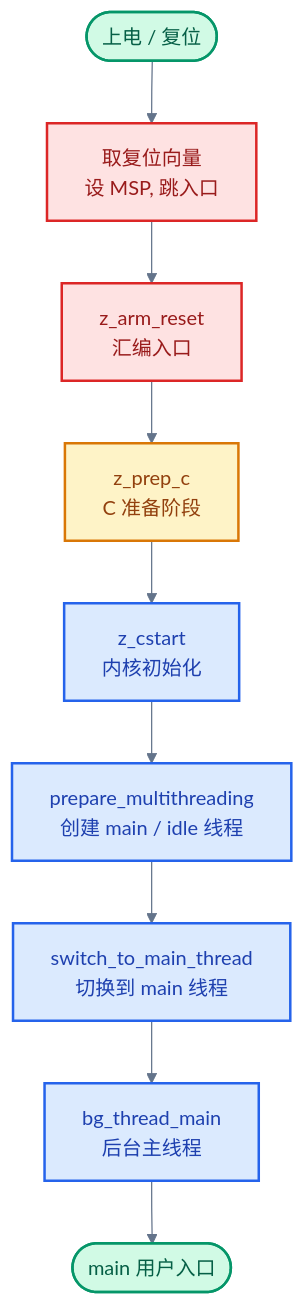
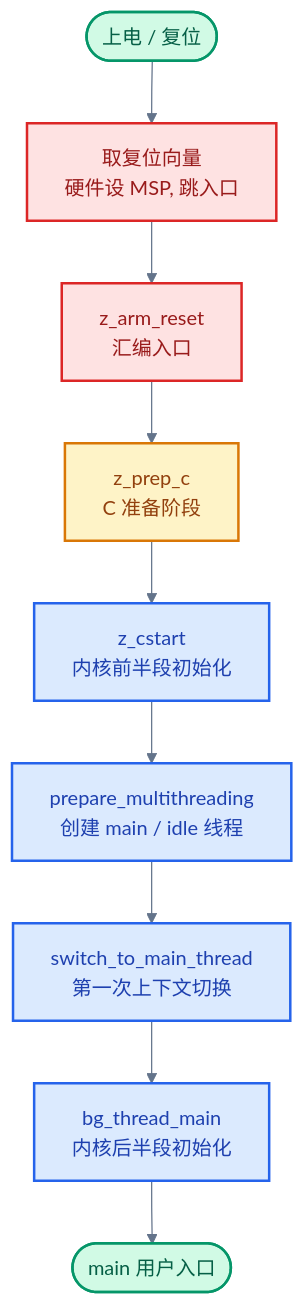
One commit to swjtuer326/cs-learning-notes changed the first of 4 diagrams in zephyr-rtos/04-内核启动与初始化.md. Above: the diagram before and after it, drawn with Mermaid. The commit also changed other lines of this file and 9 other files, not shown here.

````diff
--- a/zephyr-rtos/04-内核启动与初始化.md
+++ b/zephyr-rtos/04-内核启动与初始化.md
@@ -59,23 +57,23 @@
 ```mermaid
 %%{init: {"theme": "base", "themeVariables": {"primaryColor": "#f8fafc", "primaryTextColor": "#1e293b", "primaryBorderColor": "#475569", "lineColor": "#64748b", "secondaryColor": "#f1f5f9", "secondaryBorderColor": "#94a3b8", "tertiaryColor": "#f8fafc", "fontFamily": "\"trebuchet ms\", verdana, arial, sans-serif"}}}%%
 flowchart TD
-    A([上电 / 复位]) --> B[取复位向量<br/>设 MSP, 跳入口]
+    A([上电 / 复位]) --> B[取复位向量<br/>硬件设 MSP, 跳入口]
     B --> C[z_arm_reset<br/>汇编入口]
     C --> D[z_prep_c<br/>C 准备阶段]
-    D --> E[z_cstart<br/>内核初始化]
+    D --> E[z_cstart<br/>内核前半段初始化]
     E --> F[prepare_multithreading<br/>创建 main / idle 线程]
-    F --> G[switch_to_main_thread<br/>切换到 main 线程]
-    G --> H[bg_thread_main<br/>后台主线程]
+    F --> G[switch_to_main_thread<br/>第一次上下文切换]
+    G --> H[bg_thread_main<br/>内核后半段初始化]
     H --> I([main 用户入口])
 
     classDef start fill:#d1fae5, stroke:#059669, color:#065f46, stroke-width:2px
     classDef arch fill:#fee2e2, stroke:#dc2626, color:#991b1b, stroke-width:2px
     classDef prep fill:#fef3c7, stroke:#d97706, color:#92400e, stroke-width:2px
     classDef kernel fill:#dbeafe, stroke:#2563eb, color:#1e40af, stroke-width:2px
     classDef app fill:#cffafe, stroke:#0891b2, color:#155e75, stroke-width:2px
 
     class A,I start
     class B,C arch
     class D prep
     class E,F,G,H kernel
 ```
````
